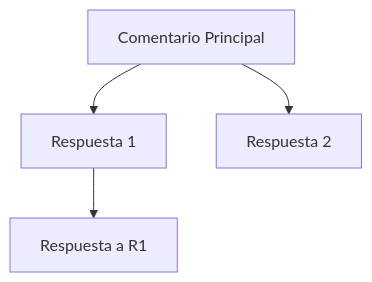
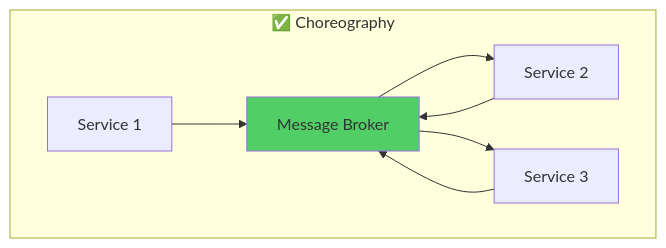
One commit to paelsam/StreamiaServer changed diagram 14 of 27 in README.md. Above: the diagram before and after it, drawn with Mermaid. The commit also changed other lines of this file and 20 other files, not shown here.

````diff
--- a/README.md
+++ b/README.md
@@ -442,7 +427,12 @@
 ```mermaid
 flowchart TB
-    C1[Comentario Principal]
-    C1 --> R1[Respuesta 1]
-    C1 --> R2[Respuesta 2]
-    R1 --> R1A[Respuesta a R1]
+    subgraph "✅ Choreography"
+        S1[Service 1] --> MB[Message Broker]
+        MB --> S2[Service 2]
+        MB --> S3[Service 3]
+        S2 --> MB
+        S3 --> MB
+        
+        style MB fill:#51cf66
+    end
 ```
````
